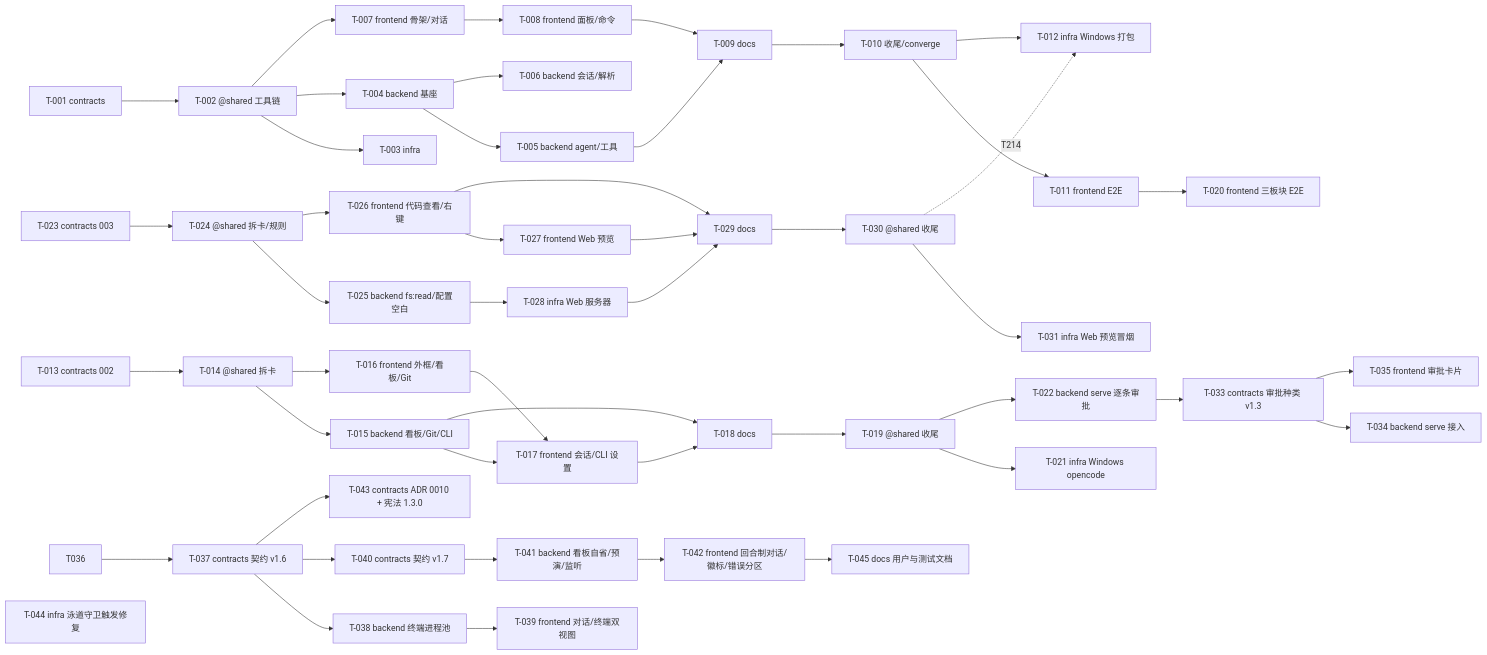
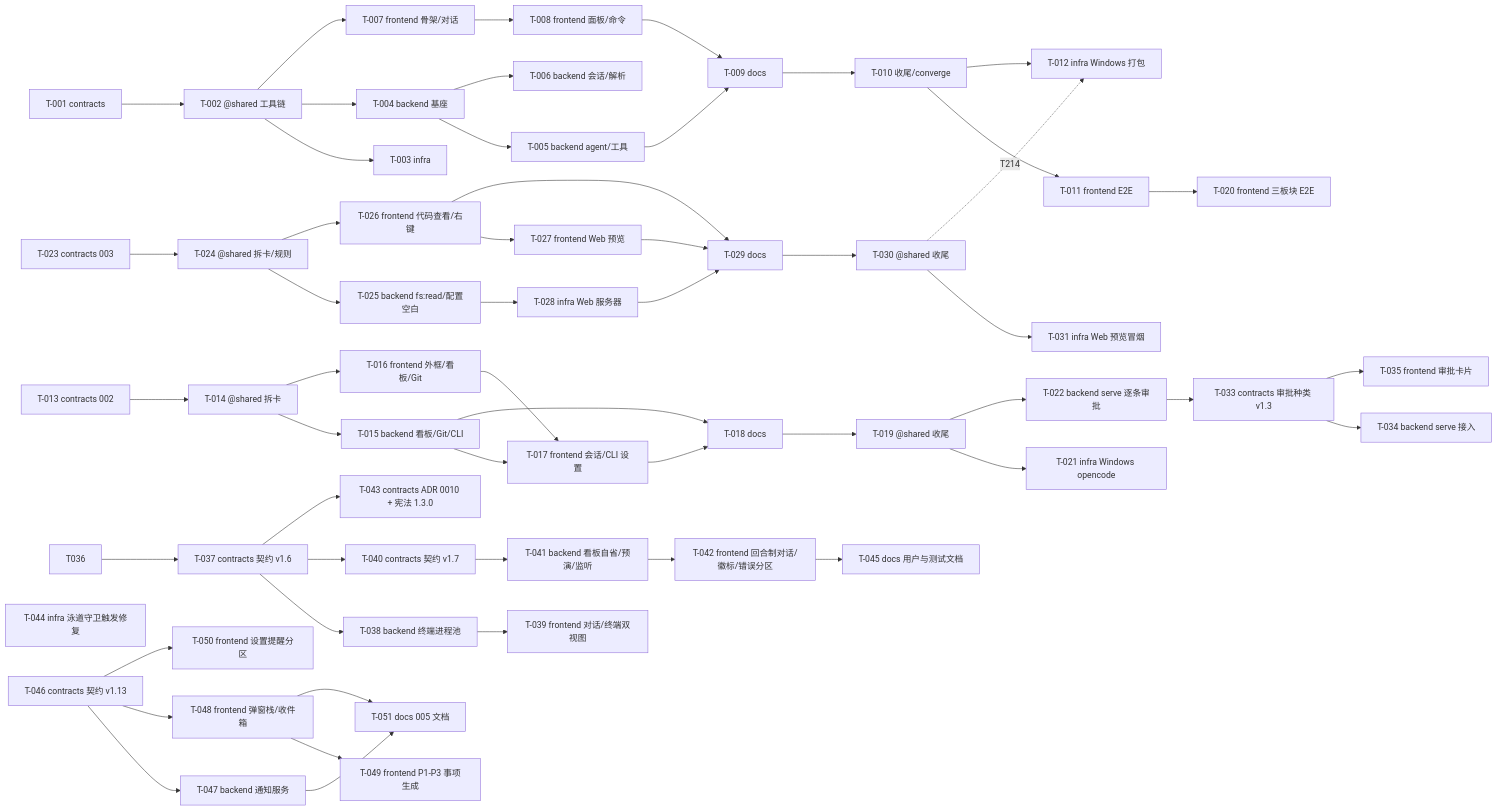
The diagram in docs/tasks/BOARD.md (Pizuu/ai-code-manager), drawn with Mermaid before and after one commit. The commit also changed other lines of this file and 9 other files, not shown here.

````diff
--- a/docs/tasks/BOARD.md
+++ b/docs/tasks/BOARD.md
@@ -61,49 +68,55 @@
 ```mermaid
 graph LR
   T001[T-001 contracts] --> T002[T-002 @shared 工具链]
   T002 --> T003[T-003 infra]
   T002 --> T004[T-004 backend 基座]
   T004 --> T005[T-005 backend agent/工具]
   T004 --> T006[T-006 backend 会话/解析]
   T002 --> T007[T-007 frontend 骨架/对话]
   T007 --> T008[T-008 frontend 面板/命令]
   T005 --> T009[T-009 docs]
   T008 --> T009
   T009 --> T010[T-010 收尾/converge]
   T010 --> T011[T-011 frontend E2E]
   T010 --> T012[T-012 infra Windows 打包]
   T013[T-013 contracts 002] --> T014[T-014 @shared 拆卡]
   T014 --> T015[T-015 backend 看板/Git/CLI]
   T014 --> T016[T-016 frontend 外框/看板/Git]
   T015 --> T017[T-017 frontend 会话/CLI 设置]
   T016 --> T017
   T015 --> T018[T-018 docs]
   T017 --> T018
   T018 --> T019[T-019 @shared 收尾]
   T011 --> T020[T-020 frontend 三板块 E2E]
   T019 --> T021[T-021 infra Windows opencode]
   T019 --> T022[T-022 backend serve 逐条审批]
   T022 --> T033[T-033 contracts 审批种类 v1.3]
   T033 --> T034[T-034 backend serve 接入]
   T033 --> T035[T-035 frontend 审批卡片]
   T023[T-023 contracts 003] --> T024[T-024 @shared 拆卡/规则]
   T024 --> T025[T-025 backend fs:read/配置空白]
   T024 --> T026[T-026 frontend 代码查看/右键]
   T026 --> T027[T-027 frontend Web 预览]
   T025 --> T028[T-028 infra Web 服务器]
   T026 --> T029[T-029 docs]
   T027 --> T029
   T028 --> T029
   T029 --> T030[T-030 @shared 收尾]
   T030 --> T031[T-031 infra Web 预览冒烟]
   T030 -.T214.-> T012
   T036 --> T037[T-037 contracts 契约 v1.6]
   T037 --> T038[T-038 backend 终端进程池]
   T038 --> T039[T-039 frontend 对话/终端双视图]
   T037 --> T040[T-040 contracts 契约 v1.7]
   T040 --> T041[T-041 backend 看板自省/预演/监听]
   T041 --> T042[T-042 frontend 回合制对话/徽标/错误分区]
   T037 --> T043[T-043 contracts ADR 0010 + 宪法 1.3.0]
   T044[T-044 infra 泳道守卫触发修复]
   T042 --> T045[T-045 docs 用户与测试文档]
+  T046[T-046 contracts 契约 v1.13] --> T047[T-047 backend 通知服务]
+  T046 --> T048[T-048 frontend 弹窗栈/收件箱]
+  T048 --> T049[T-049 frontend P1-P3 事项生成]
+  T046 --> T050[T-050 frontend 设置提醒分区]
+  T047 --> T051[T-051 docs 005 文档]
+  T048 --> T051
 ```
````
